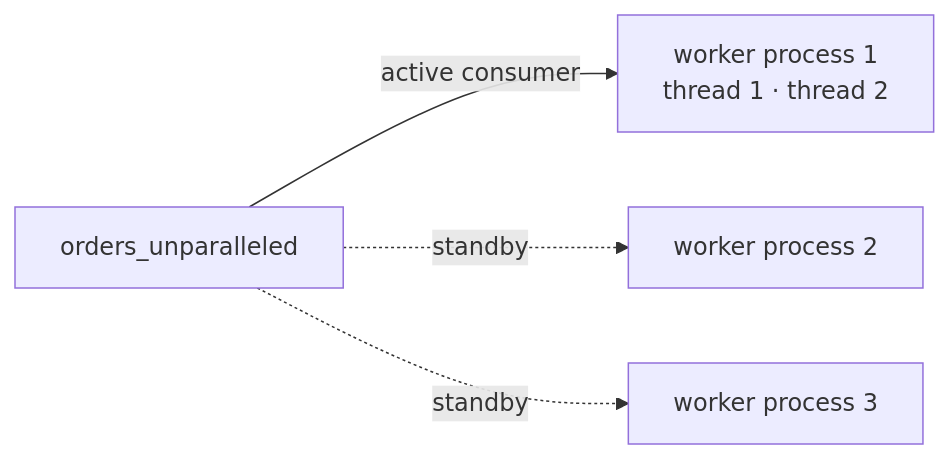
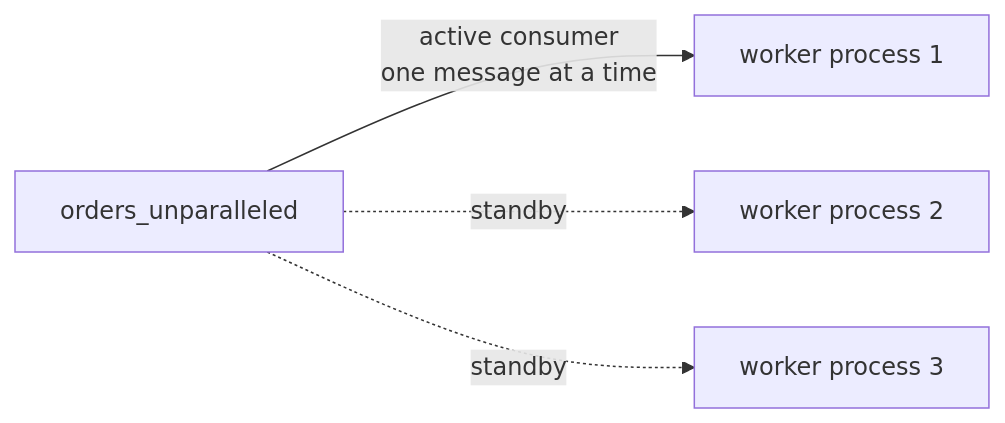
Before and after one commit to tokeo/tokeo: the third of 5 diagrams in tokeo/ext/dramatiq/DRAMATIQ.md, drawn with Mermaid. The commit also changed other lines of this file and 4 other files, not shown here.

Commit message:
fix: run unparalleled queues one task at a time

````diff
--- a/tokeo/ext/dramatiq/DRAMATIQ.md
+++ b/tokeo/ext/dramatiq/DRAMATIQ.md
@@ -301,6 +310,6 @@
 ```mermaid
 flowchart LR
-    Q["orders_unparalleled"] -->|active consumer| W1["worker process 1<br/>thread 1 · thread 2"]
+    Q["orders_unparalleled"] -->|"active consumer<br/>one message at a time"| W1["worker process 1"]
     Q -.->|standby| W2["worker process 2"]
     Q -.->|standby| W3["worker process 3"]
 ```
````
